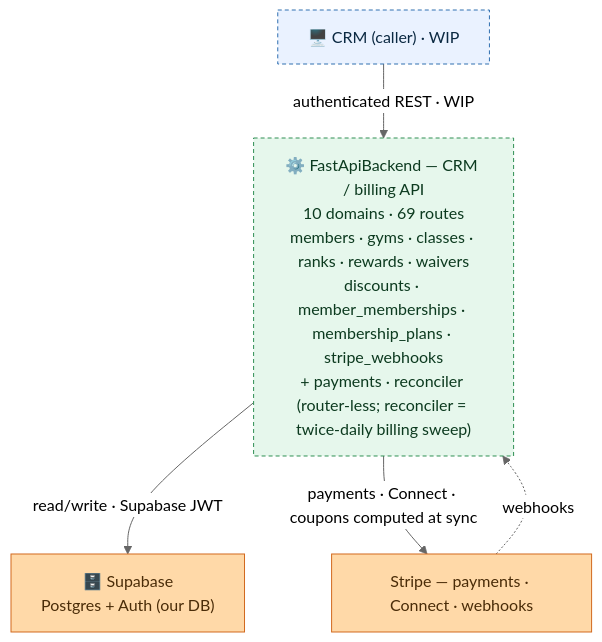
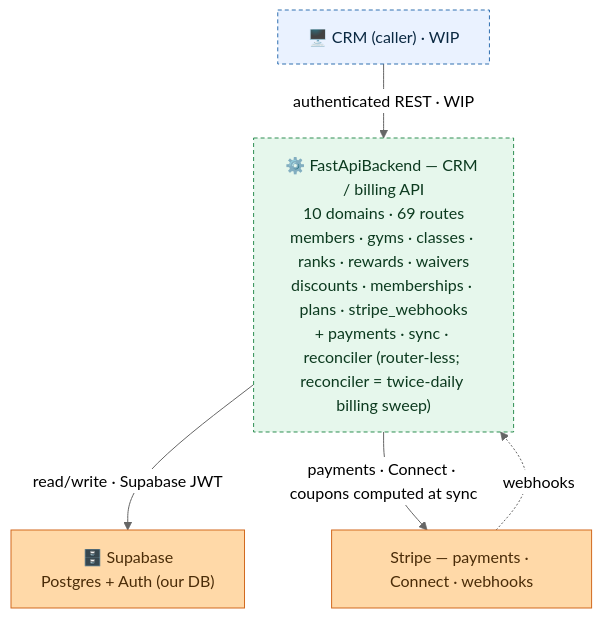
Before and after one commit to jesse51002/CombatDen: the diagram in FastApiBackend/README.md, drawn with Mermaid (neutral theme). The commit also changed other lines of this file and 199 other files, not shown here.

First line of the commit message:
Restructure: sync engine to its own domain; short prefixed domains

````diff
--- a/FastApiBackend/README.md
+++ b/FastApiBackend/README.md
@@ -15,19 +15,19 @@
 ```mermaid
 flowchart TB
   CRM["🖥️ CRM (caller) · WIP"]
-  FB["⚙️ FastApiBackend — CRM / billing API<br/>10 domains · 69 routes<br/>members · gyms · classes · ranks · rewards · waivers<br/>discounts · member_memberships · membership_plans · stripe_webhooks<br/>+ payments · reconciler (router-less; reconciler = twice-daily billing sweep)"]
+  FB["⚙️ FastApiBackend — CRM / billing API<br/>10 domains · 69 routes<br/>members · gyms · classes · ranks · rewards · waivers<br/>discounts · memberships · plans · stripe_webhooks<br/>+ payments · sync · reconciler (router-less; reconciler = twice-daily billing sweep)"]
   Supabase["🗄️ Supabase<br/>Postgres + Auth (our DB)"]
   Stripe["Stripe — payments · Connect · webhooks"]
   CRM -->|"authenticated REST · WIP"| FB
   FB -->|"read/write · Supabase JWT"| Supabase
   FB -->|"payments · Connect · coupons computed at sync"| Stripe
   Stripe -.->|"webhooks"| FB
   classDef client fill:#eaf2ff,stroke:#2f6fb0,color:#0b2942;
   classDef svc fill:#e6f7ec,stroke:#2f8f53,color:#0c3a1f;
   classDef ext fill:#ffd9a8,stroke:#d2691e,color:#4a2c08;
   class CRM client;
   class FB svc;
   class Supabase,Stripe ext;
   style CRM stroke-dasharray:4 3;
   style FB stroke-dasharray:4 3;
 ```
````
